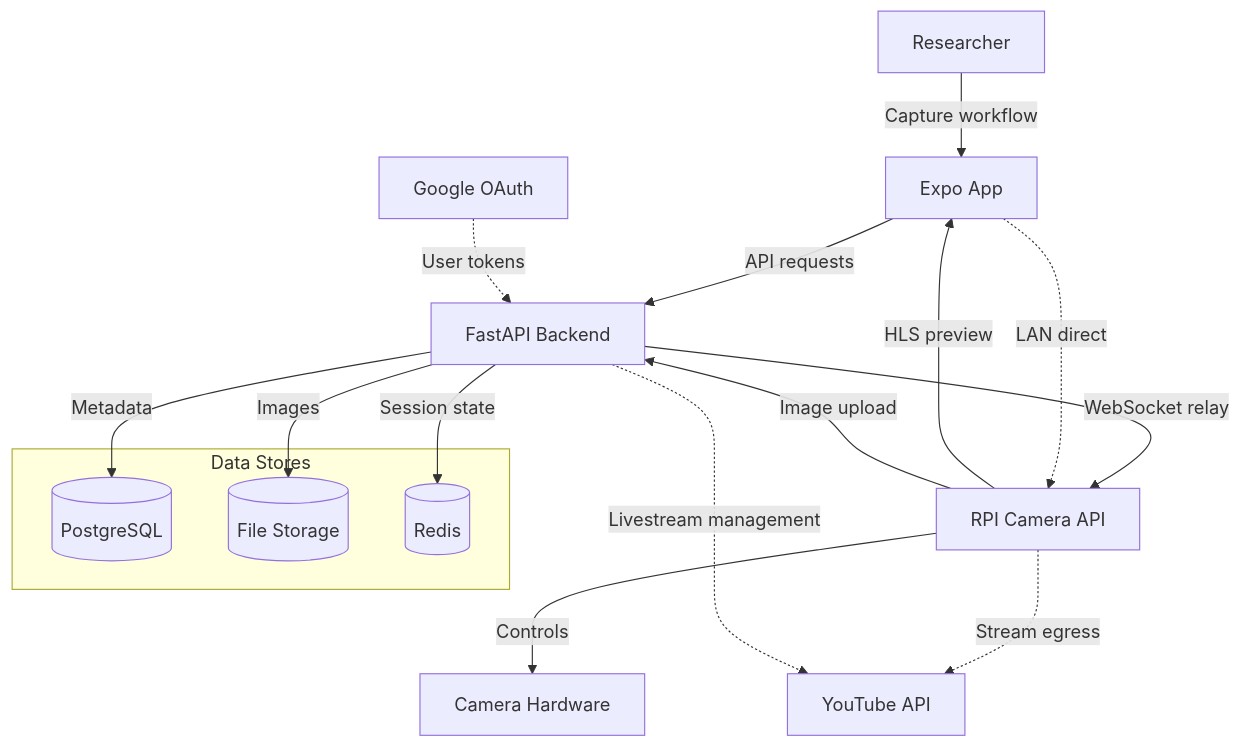
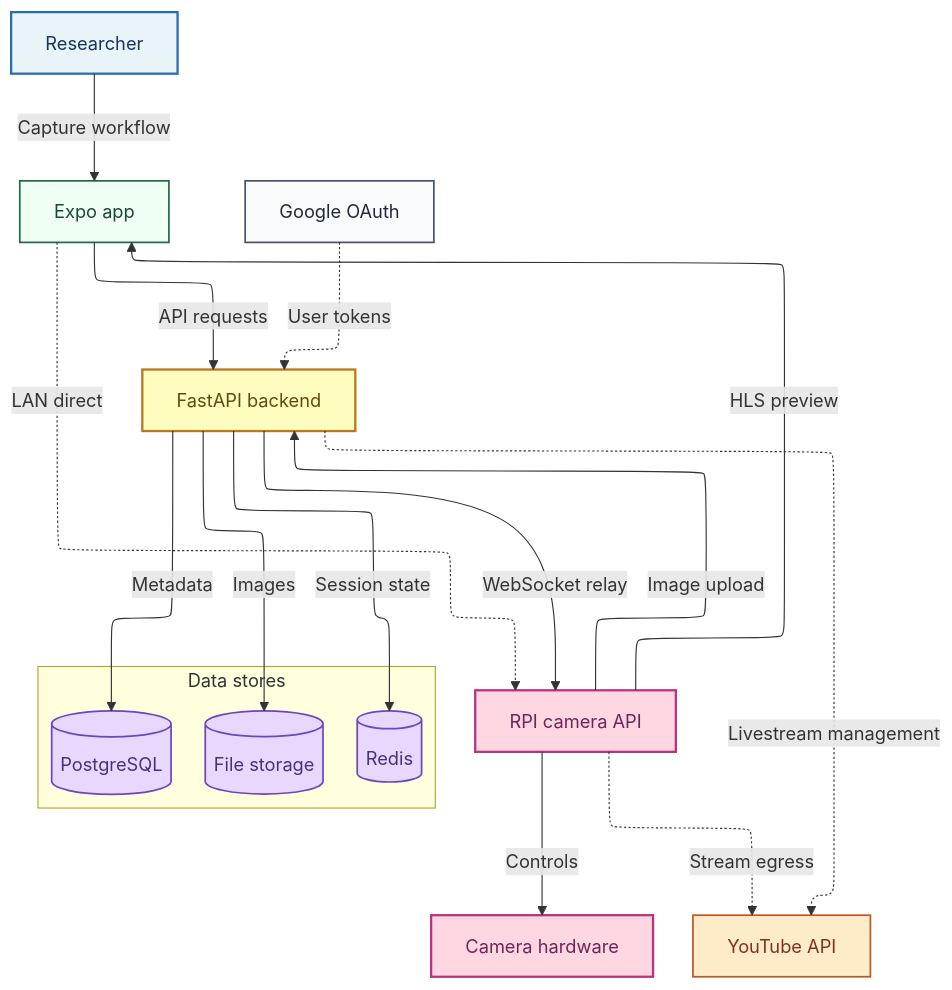
The first of 2 diagrams in docs/src/content/docs/architecture/rpi-cam.mdx (CMLPlatform/relab), drawn with Mermaid before and after one commit. The commit also changed other lines of this file and 41 other files, not shown here.

Commit message:
docs: simplify docs site navigation and diagrams

````diff
--- a/docs/src/content/docs/architecture/rpi-cam.mdx
+++ b/docs/src/content/docs/architecture/rpi-cam.mdx
@@ -17,26 +12,47 @@
 ```mermaid
+---
+config:
+    layout: elk
+---
 graph TD
-    Researcher[Researcher] -->|Capture workflow| FrontendApp[Expo App]
-    FrontendApp -->|API requests| MainAPI[FastAPI Backend]
+    Researcher["Researcher"] -->|Capture workflow| FrontendApp["Expo app"]
+    FrontendApp -->|API requests| MainAPI["FastAPI backend"]
 
-    MainAPI -->|WebSocket relay| RpiCamAPI[RPI Camera API]
+    MainAPI -->|WebSocket relay| RpiCamAPI["RPI camera API"]
     FrontendApp -.->|LAN direct| RpiCamAPI
-    RpiCamAPI -->|Controls| Camera[Camera Hardware]
+    RpiCamAPI -->|Controls| Camera["Camera hardware"]
 
     RpiCamAPI -->|HLS preview| FrontendApp
-    RpiCamAPI -.->|Stream egress| YouTube[YouTube API]
+    RpiCamAPI -.->|Stream egress| YouTube["YouTube API"]
     RpiCamAPI -->|Image upload| MainAPI
 
-    GoogleOAuth[Google OAuth] -.->|User tokens| MainAPI
+    GoogleOAuth["Google OAuth"] -.->|User tokens| MainAPI
     MainAPI -.->|Livestream management| YouTube
 
-    subgraph DataStores ["Data Stores"]
-        Database[(PostgreSQL)]
-        FileStorage[(File Storage)]
-        Redis[(Redis)]
+    subgraph DataStores ["Data stores"]
+        Database[("PostgreSQL")]
+        FileStorage[("File storage")]
+        Redis[("Redis")]
     end
 
     MainAPI -->|Metadata| Database
     MainAPI -->|Images| FileStorage
     MainAPI -->|Session state| Redis
+
+    classDef actor fill:#e8f4f8,stroke:#2b6cb0,stroke-width:2px,color:#1a365d
+    classDef frontend fill:#f0fff4,stroke:#276749,stroke-width:1.5px,color:#1a4731
+    classDef backend fill:#fefcbf,stroke:#b7791f,stroke-width:2px,color:#5f4b0a
+    classDef datastore fill:#e9d8fd,stroke:#6b46c1,stroke-width:1.5px,color:#44337a
+    classDef external fill:#feebc8,stroke:#c05621,stroke-width:1.5px,color:#7b341e
+    classDef hardware fill:#fed7e2,stroke:#b83280,stroke-width:2px,color:#702459
+    classDef auth fill:#f8fafc,stroke:#475569,stroke-width:1.5px,color:#1e293b
+
+    class Researcher actor
+    class FrontendApp frontend
+    class MainAPI backend
+    class Database,FileStorage,Redis datastore
+
+    class YouTube external
+    class GoogleOAuth auth
+    class RpiCamAPI,Camera hardware
 ```
````
